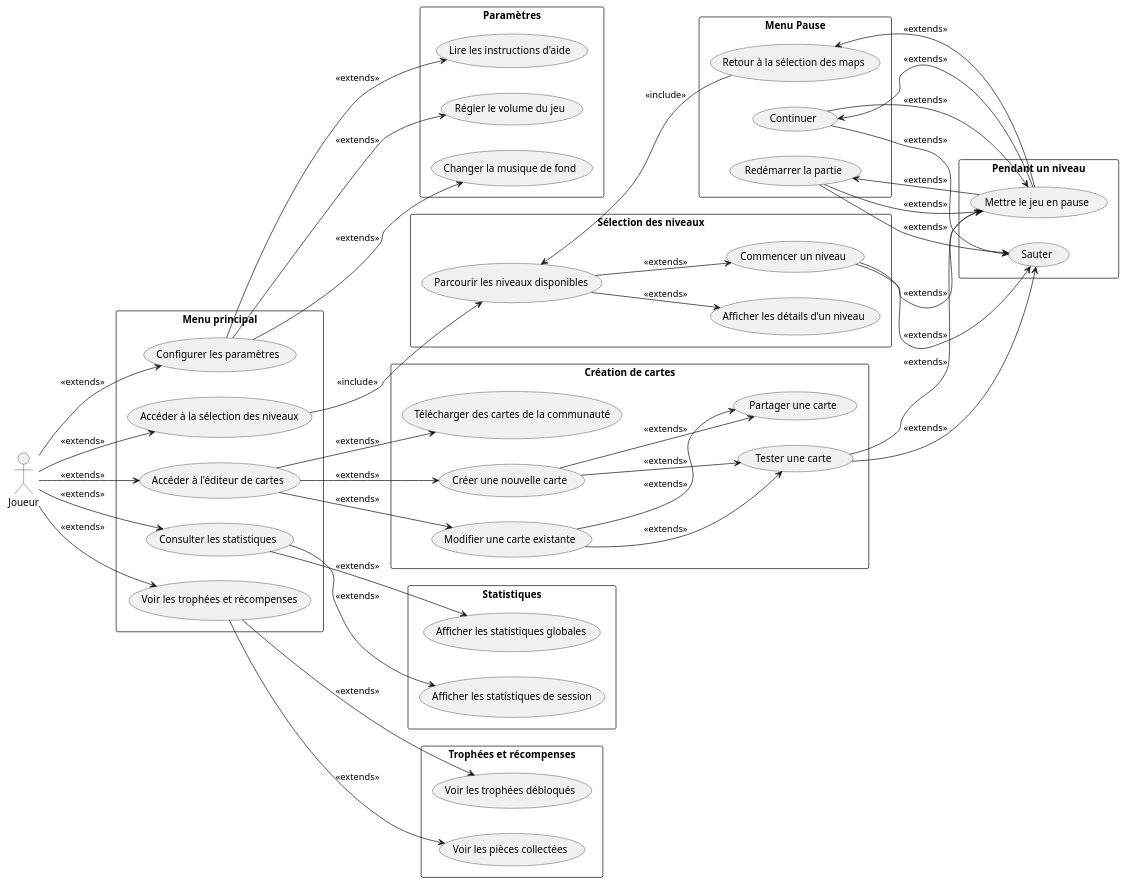
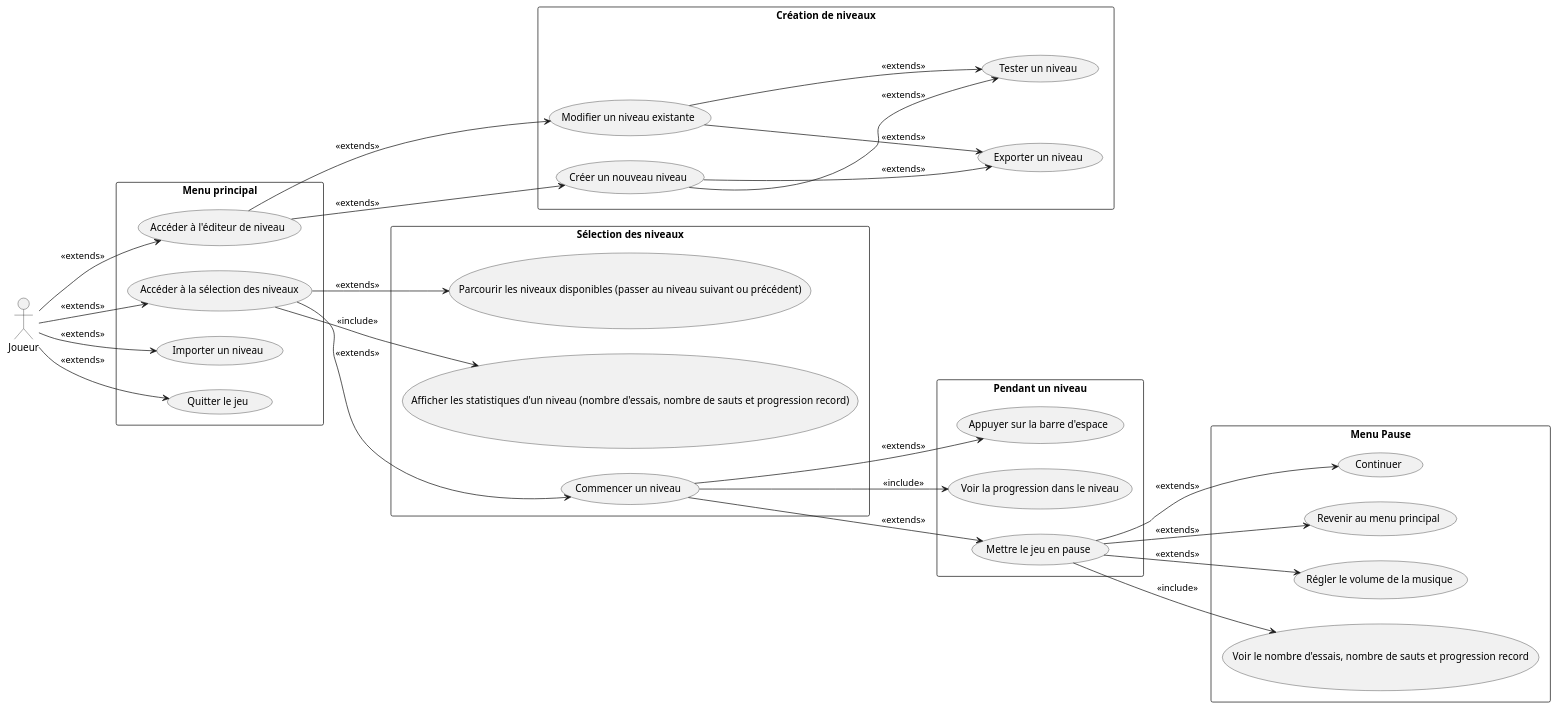
The diagram in Documentation/UML/use-case-diagram.puml (boudji-ludwig-pett/cnam-geometry-dash), drawn with PlantUML before and after one commit. The commit also changed 1 other file, not shown here.

Commit message:
docs: work in progress UML updates

```diff
--- a/Documentation/UML/use-case-diagram.puml
+++ b/Documentation/UML/use-case-diagram.puml
@@ -1,103 +1,67 @@
 @startuml Geometry Dash - Diagramme de cas d'utilisation
 
 left to right direction
 
 actor Joueur as Joueur
 
-
 rectangle "Menu principal" {
-  usecase "Configurer les paramètres" as ConfigurerParametres
   usecase "Accéder à la sélection des niveaux" as SelectionNiveau
-  usecase "Accéder à l'éditeur de cartes" as EditeurCartes
-  usecase "Consulter les statistiques" as ConsulterStats
-  usecase "Voir les trophées et récompenses" as VoirTrophees
+  usecase "Accéder à l'éditeur de niveau" as EditeurNiveau
+  usecase "Importer un niveau" as ImporterNiveau
+  usecase "Quitter le jeu" as QuitterJeu
 }
 
 rectangle "Sélection des niveaux" {
-  usecase "Parcourir les niveaux disponibles" as ParcourirNiveaux
-  usecase "Afficher les détails d'un niveau" as AfficherDetailsNiveau
+  usecase "Parcourir les niveaux disponibles (passer au niveau suivant ou précédent)" as ParcourirNiveaux
+  usecase "Afficher les statistiques d'un niveau (nombre d'essais, nombre de sauts et progression record)" as AfficherDetailsNiveau
   usecase "Commencer un niveau" as CommencerNiveau
 }
 
 rectangle "Pendant un niveau" {
-  usecase "Sauter" as Sauter
+  usecase "Appuyer sur la barre d'espace" as Sauter
+  usecase "Voir la progression dans le niveau" as VoirProgression
   usecase "Mettre le jeu en pause" as MettrePause
-}
-
-rectangle "Paramètres" {
-  usecase "Régler le volume du jeu" as ReglerVolume
-  usecase "Changer la musique de fond" as ChangerMusique
-  usecase "Lire les instructions d'aide" as LireAide
-}
-
-rectangle "Création de cartes" {
-  usecase "Créer une nouvelle carte" as CreerNouvelleCarte
-  usecase "Modifier une carte existante" as ModifierCarte
-  usecase "Tester une carte" as TesterCarte
-  usecase "Partager une carte" as PartagerCarte
-  usecase "Télécharger des cartes de la communauté" as TelechargerCartes
-}
-
-rectangle "Statistiques" {
-  usecase "Afficher les statistiques globales" as AfficherStatsGlobales
-  usecase "Afficher les statistiques de session" as AfficherStatsSession
-}
-
-rectangle "Trophées et récompenses" {
-  usecase "Voir les trophées débloqués" as VoirTropheesDebloques
-  usecase "Voir les pièces collectées" as VoirPieces
 }
 
 rectangle "Menu Pause" {
   usecase "Continuer" as Continuer
-  usecase "Redémarrer la partie" as RedemarrerPartie
-  usecase "Retour à la sélection des maps" as RetourSelection
+  usecase "Revenir au menu principal" as RevenirMenuPrincipal
+  usecase "Régler le volume de la musique" as ReglerVolumeMusique
+  usecase "Voir le nombre d'essais, nombre de sauts et progression record" as StatistiquesNiveau
 }
 
-Joueur --> ConfigurerParametres : <<extends>>
+rectangle "Création de niveaux" {
+  usecase "Créer un nouveau niveau" as CreerNouveauNiveau
+  usecase "Modifier un niveau existante" as ModifierNiveau
+  usecase "Tester un niveau" as TesterNiveau
+  usecase "Exporter un niveau" as ExporterNiveau
+}
+
 Joueur --> SelectionNiveau : <<extends>>
-Joueur --> EditeurCartes : <<extends>>
-Joueur --> ConsulterStats : <<extends>>
-Joueur --> VoirTrophees : <<extends>>
+Joueur --> EditeurNiveau : <<extends>>
+Joueur --> ImporterNiveau : <<extends>>
+Joueur --> QuitterJeu : <<extends>>
 
-SelectionNiveau --> ParcourirNiveaux : <<include>>
-ParcourirNiveaux --> AfficherDetailsNiveau : <<extends>>
-ParcourirNiveaux --> CommencerNiveau : <<extends>>
+SelectionNiveau --> AfficherDetailsNiveau : <<include>>
+SelectionNiveau --> ParcourirNiveaux : <<extends>>
+SelectionNiveau --> CommencerNiveau : <<extends>>
 
 CommencerNiveau --> Sauter : <<extends>>
+CommencerNiveau --> VoirProgression : <<include>>
 CommencerNiveau --> MettrePause : <<extends>>
 
-ConfigurerParametres --> ReglerVolume : <<extends>>
-ConfigurerParametres --> ChangerMusique : <<extends>>
-ConfigurerParametres --> LireAide : <<extends>>
+MettrePause --> Continuer : <<extends>>
+MettrePause --> RevenirMenuPrincipal : <<extends>>
+MettrePause --> ReglerVolumeMusique : <<extends>>
+MettrePause --> StatistiquesNiveau : <<include>>
 
-EditeurCartes --> CreerNouvelleCarte : <<extends>>
-EditeurCartes --> ModifierCarte : <<extends>>
-EditeurCartes --> TelechargerCartes : <<extends>>
-CreerNouvelleCarte --> TesterCarte : <<extends>>
-ModifierCarte --> TesterCarte : <<extends>>
-CreerNouvelleCarte --> PartagerCarte : <<extends>>
-ModifierCarte --> PartagerCarte : <<extends>>
+EditeurNiveau --> CreerNouveauNiveau : <<extends>>
+EditeurNiveau --> ModifierNiveau : <<extends>>
 
-TesterCarte--> Sauter : <<extends>>
-TesterCarte--> MettrePause : <<extends>>
+CreerNouveauNiveau --> TesterNiveau  : <<extends>>
+ModifierNiveau --> TesterNiveau : <<extends>>
 
-ConsulterStats --> AfficherStatsGlobales : <<extends>>
-ConsulterStats --> AfficherStatsSession : <<extends>>
-
-VoirTrophees --> VoirTropheesDebloques : <<extends>>
-VoirTrophees --> VoirPieces : <<extends>>
-
-MettrePause --> Continuer : <<extends>>
-MettrePause --> RedemarrerPartie : <<extends>>
-MettrePause --> RetourSelection : <<extends>>
-
-RedemarrerPartie --> Sauter : <<extends>>
-RedemarrerPartie --> MettrePause : <<extends>>
-
-Continuer --> Sauter : <<extends>>
-Continuer --> MettrePause : <<extends>>
-
-RetourSelection --> ParcourirNiveaux : <<include>>
+CreerNouveauNiveau --> ExporterNiveau  : <<extends>>
+ModifierNiveau --> ExporterNiveau  : <<extends>>
 
 @enduml
```
